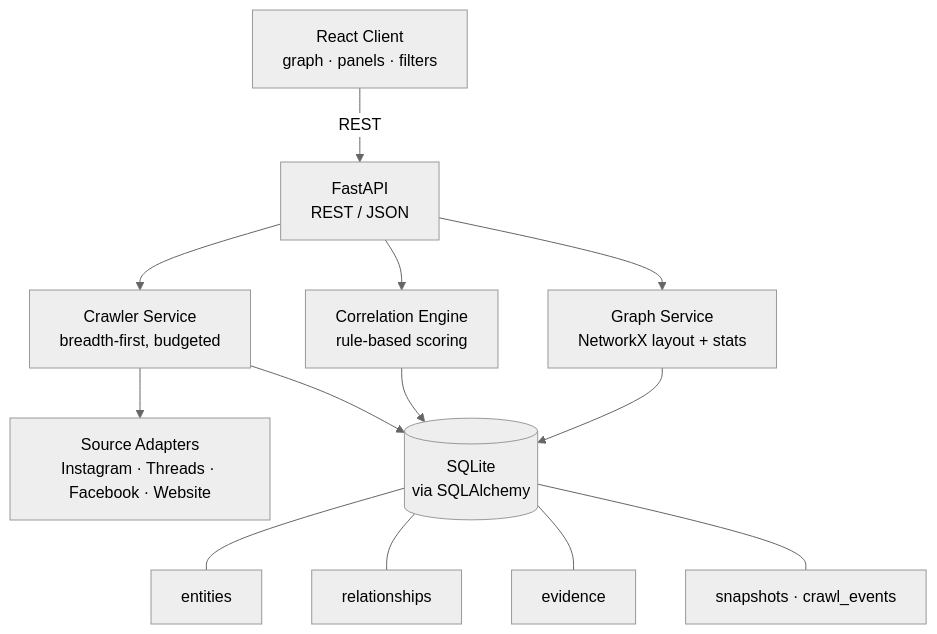
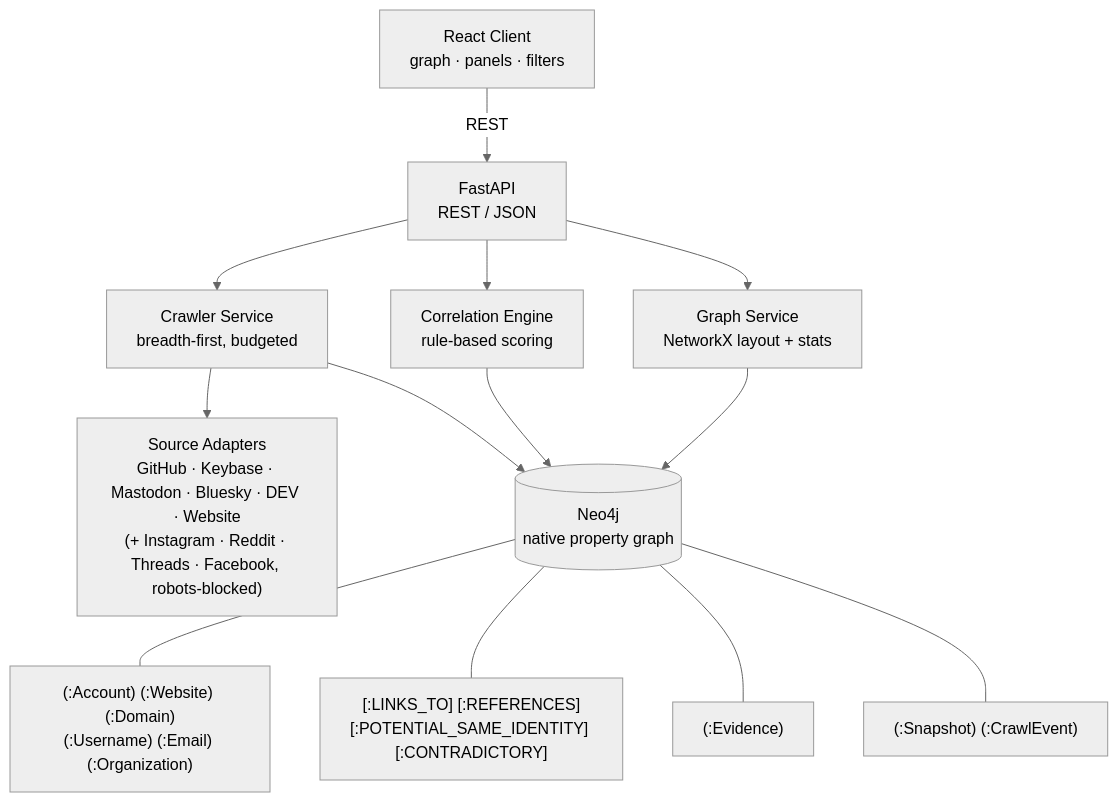
The first of 4 diagrams in README.md (antsyyy/omnicient), drawn with Mermaid (neutral theme) before and after one commit. The commit also changed other lines of this file, not shown here.

First line of the commit message:
docs: document the Neo4j model, live sources and analysis layer

````diff
--- a/README.md
+++ b/README.md
@@ -121,23 +136,23 @@
 ```mermaid
 flowchart TD
     UI["React Client<br/>graph · panels · filters"]
     API["FastAPI<br/>REST / JSON"]
     CR["Crawler Service<br/>breadth-first, budgeted"]
     CO["Correlation Engine<br/>rule-based scoring"]
     GR["Graph Service<br/>NetworkX layout + stats"]
-    DB[("SQLite<br/>via SQLAlchemy")]
-    SRC["Source Adapters<br/>Instagram · Threads · Facebook · Website"]
+    DB[("Neo4j<br/>native property graph")]
+    SRC["Source Adapters<br/>GitHub · Keybase · Mastodon · Bluesky · DEV · Website<br/>(+ Instagram · Reddit · Threads · Facebook, robots-blocked)"]
 
     UI -- "REST" --> API
     API --> CR
     API --> CO
     API --> GR
     CR --> SRC
     CR --> DB
     CO --> DB
     GR --> DB
-    DB --- E1["entities"]
-    DB --- E2["relationships"]
-    DB --- E3["evidence"]
-    DB --- E4["snapshots · crawl_events"]
+    DB --- E1["(:Account) (:Website) (:Domain)<br/>(:Username) (:Email) (:Organization)"]
+    DB --- E2["[:LINKS_TO] [:REFERENCES]<br/>[:POTENTIAL_SAME_IDENTITY] [:CONTRADICTORY]"]
+    DB --- E3["(:Evidence)"]
+    DB --- E4["(:Snapshot) (:CrawlEvent)"]
 ```
````
